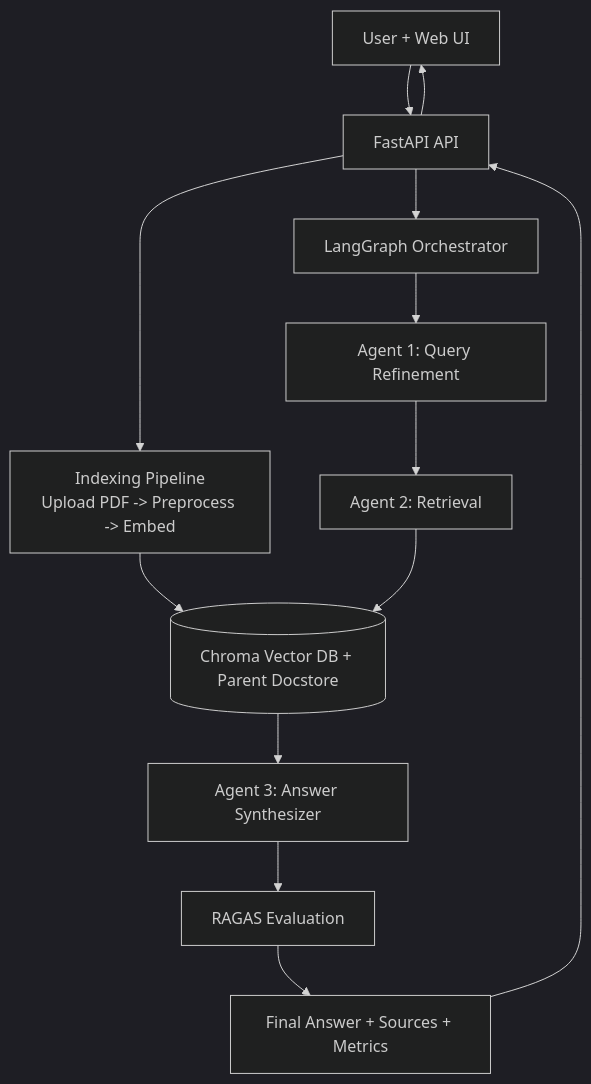
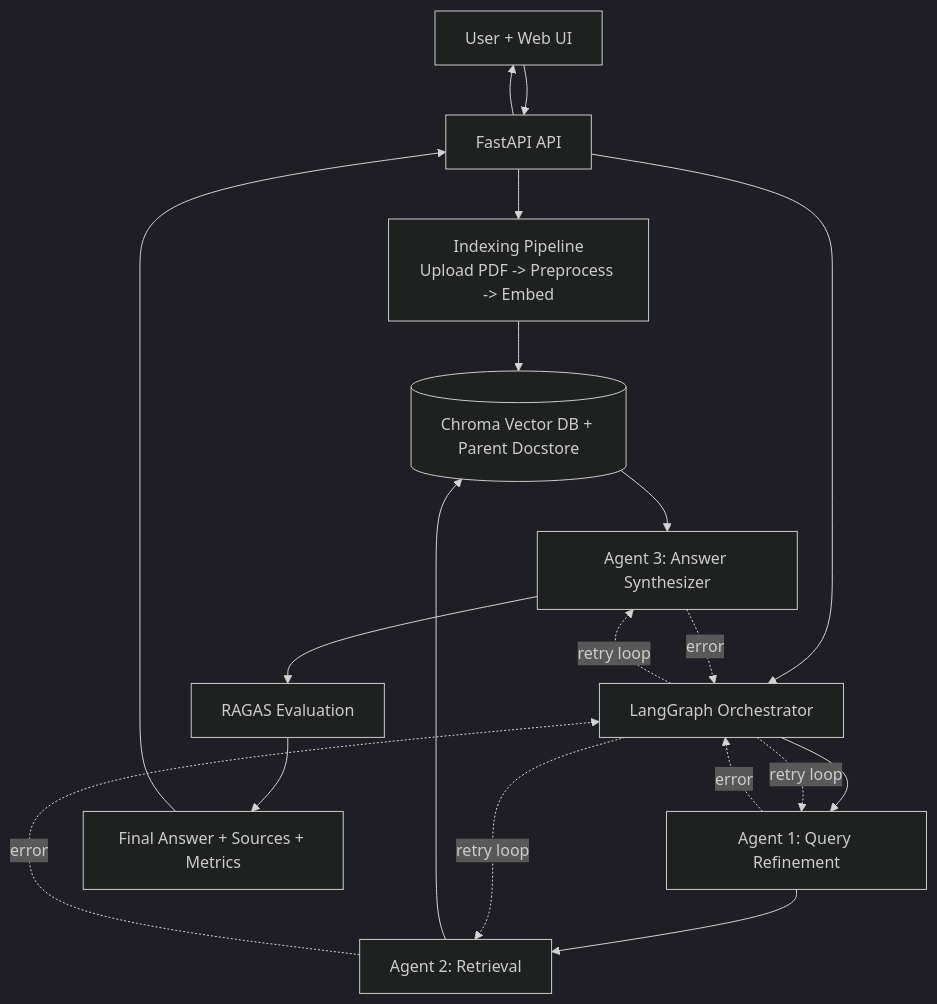
One commit to Balaji-Balasubramaniam/Agentic-RAG-Application changed the diagram in ARCHITECTURE.md. Above: the diagram before and after it, drawn with Mermaid (dark theme).

Commit message:
version-1

````diff
--- a/ARCHITECTURE.md
+++ b/ARCHITECTURE.md
@@ -5,17 +5,23 @@
 ```mermaid
 flowchart TD
   U[User + Web UI] --> API[FastAPI API]
 
   API --> IDX[Indexing Pipeline\nUpload PDF -> Preprocess -> Embed]
   IDX --> STORE[(Chroma Vector DB + Parent Docstore)]
 
   API --> ORCH[LangGraph Orchestrator]
   ORCH --> A1[Agent 1: Query Refinement]
   A1 --> A2[Agent 2: Retrieval]
   A2 --> STORE
   STORE --> A3[Agent 3: Answer Synthesizer]
+  A1 -.error.-> ORCH
+  A2 -.error.-> ORCH
+  A3 -.error.-> ORCH
+  ORCH -.retry loop.-> A1
+  ORCH -.retry loop.-> A2
+  ORCH -.retry loop.-> A3
   A3 --> RAGAS[RAGAS Evaluation]
   RAGAS --> OK[Final Answer + Sources + Metrics]
   OK --> API
   API --> U
 ```
````
